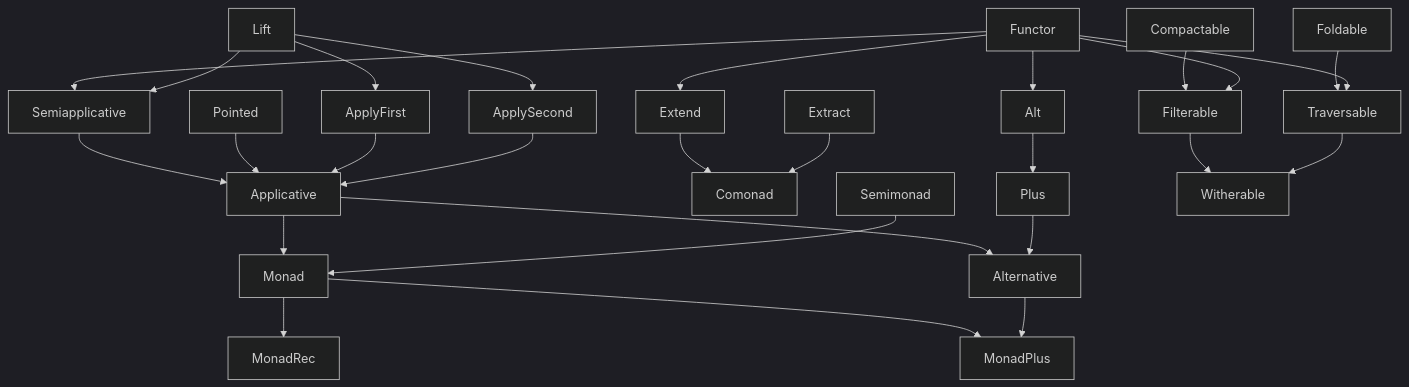
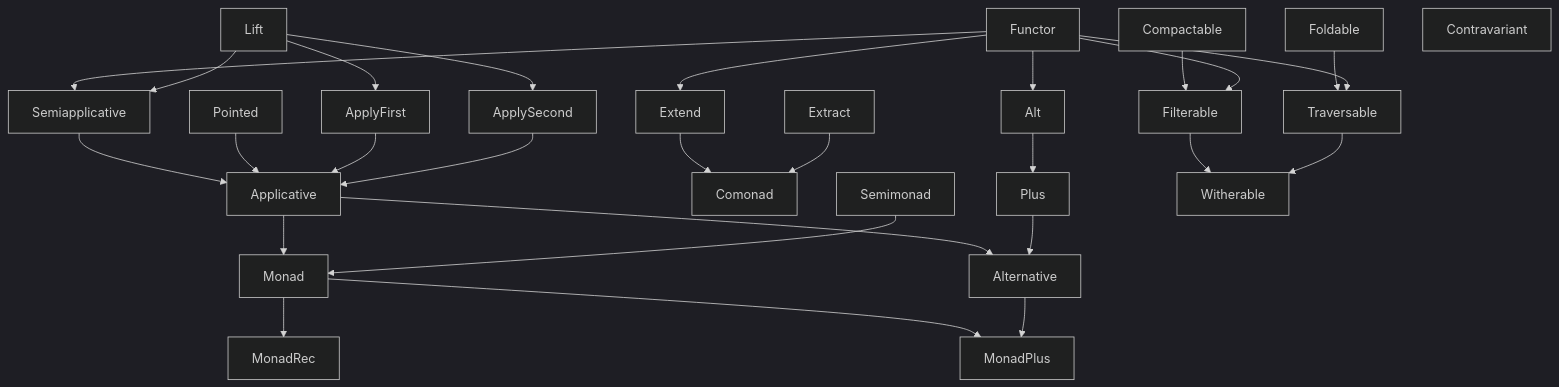
The first of 4 diagrams in fp-library/docs/features.md (nothingnesses/rust-fp-library), drawn with Mermaid (dark theme) before and after one commit. The commit also changed other lines of this file and 322 other files, not shown here.

````diff
--- a/fp-library/docs/features.md
+++ b/fp-library/docs/features.md
@@ -16,28 +67,29 @@
 ```mermaid
 graph TD
     Functor --> Alt --> Plus
     Functor --> Extend
     Extend --> Comonad
     Extract --> Comonad
     Functor --> Semiapplicative
     Lift --> Semiapplicative
     Lift --> ApplyFirst
     Lift --> ApplySecond
     Semiapplicative --> Applicative
     Pointed --> Applicative
     ApplyFirst --> Applicative
     ApplySecond --> Applicative
     Applicative --> Alternative
     Plus --> Alternative
     Applicative --> Monad
     Semimonad --> Monad
     Monad --> MonadPlus
     Alternative --> MonadPlus
     Monad --> MonadRec
     Foldable --> Traversable
     Functor --> Traversable
     Compactable --> Filterable
     Functor --> Filterable
     Filterable --> Witherable
     Traversable --> Witherable
+    Contravariant
 ```
````
